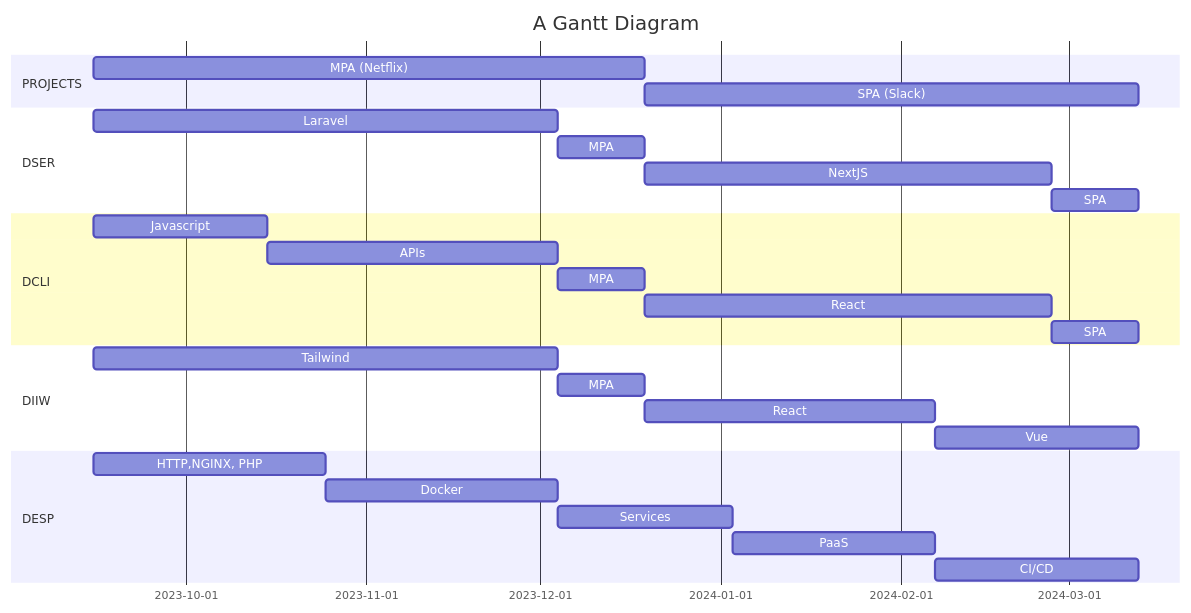
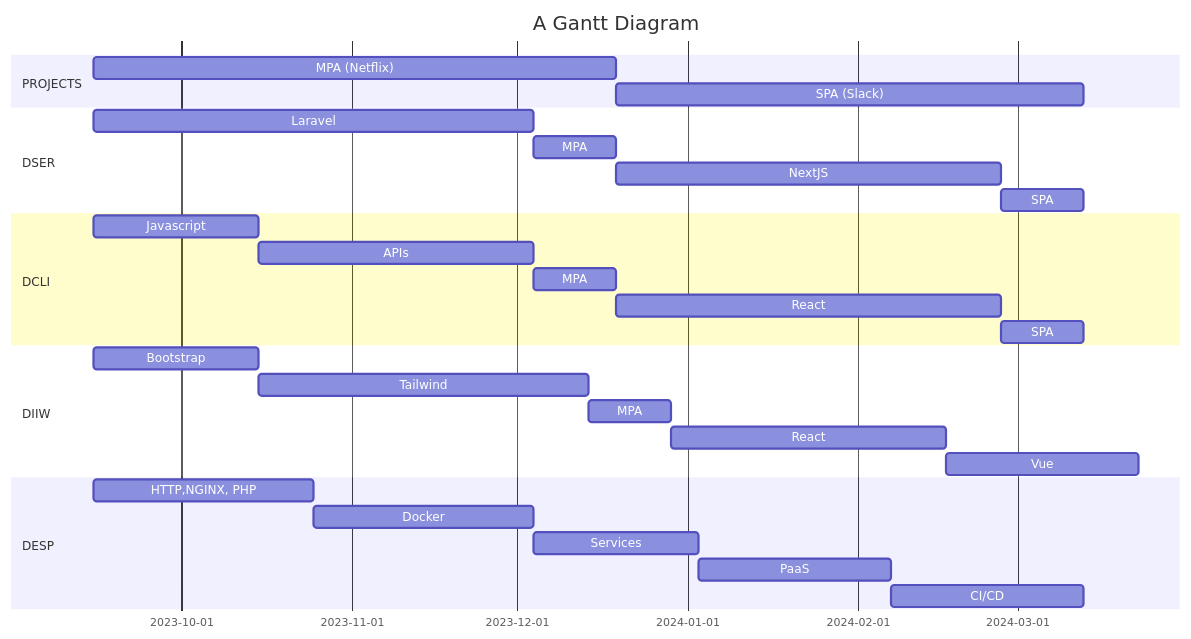
Before and after one commit to benigaslo/plans: the diagram in DAW.md, drawn with Mermaid.

````diff
--- a/DAW.md
+++ b/DAW.md
@@ -3,38 +3,39 @@
 ```mermaid
 gantt
     title A Gantt Diagram
     
     dateFormat  YYYY-MM-DD
     
     section PROJECTS 
     MPA (Netflix)    :mpa1, 2023-09-15, 95d
     SPA (Slack)      :spa1, after mpa1, 85d
 
     section DSER
     Laravel          :dser1, 2023-09-15, 80d
     MPA              :dser2, after dser1, 15d
     NextJS           :dser3, after dser2, 70d
     SPA              :dser4, after dser3, 15d
 
     section DCLI
     Javascript       :dcli1, 2023-09-15, 30d
     APIs             :dcli2, after dcli1, 50d
     MPA              :dcli3, after dcli2, 15d          
     React            :dcli4, after dcli3, 70d
     SPA              :dcli5, after dcli4, 15d          
 
     section DIIW
-    Tailwind         :diiw1, 2023-09-15, 80d
-    MPA              :diiw2, after diiw1, 15d
-    React            :diiw3, after diiw2, 50d
-    Vue              :diiw4, after diiw3, 35d
+    Bootstrap        :diiw1, 2023-09-15, 30d
+    Tailwind         :diiw2, after diiw1, 60d
+    MPA              :diiw3, after diiw2, 15d
+    React            :diiw4, after diiw3, 50d
+    Vue              :diiw5, after diiw4, 35d
 
     section DESP
     HTTP,NGINX, PHP  :desp1, 2023-09-15, 40d
     Docker           :desp2, after desp1, 40d
     Services         :desp3, after desp2, 30d
     PaaS             :desp4, after desp3, 35d
     CI/CD            :desp5, after desp4, 35d
 
 
 ```
````
